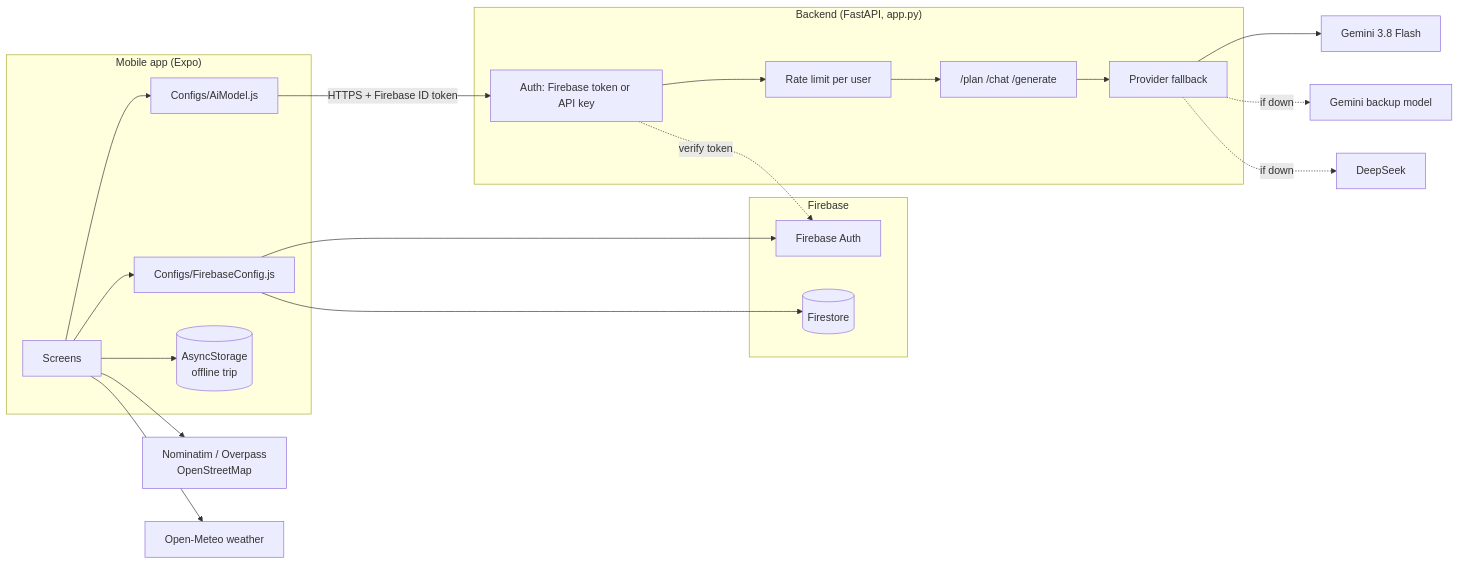
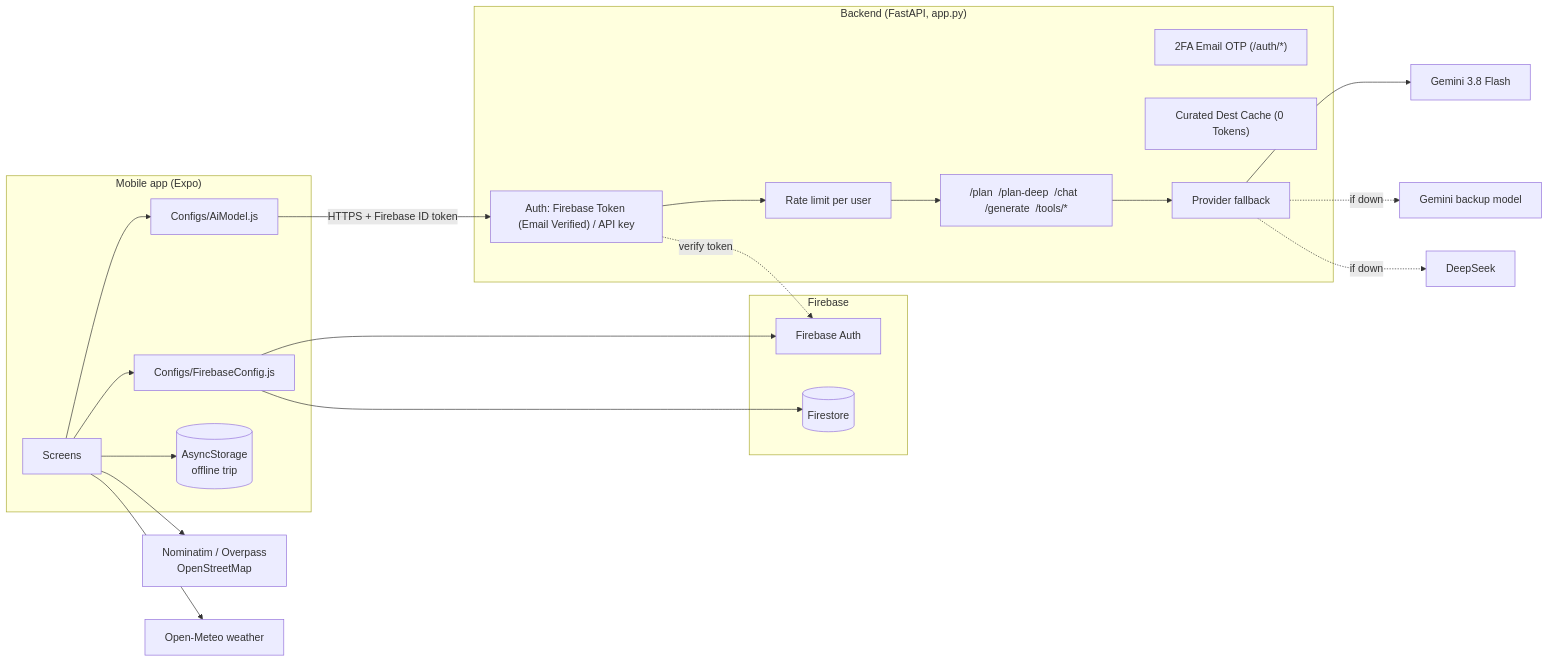
One commit to AliHassan-7869/GoGuide-AI-Agent changed the first of 4 diagrams in ARCHITECTURE.md. Above: the diagram before and after it, drawn with Mermaid. The commit also changed other lines of this file and 3 other files, not shown here.

Commit message:
docs: document 4-agent consolidation, 2FA, email verification, zero-token essentials and deep plan

````diff
--- a/ARCHITECTURE.md
+++ b/ARCHITECTURE.md
@@ -23,41 +23,43 @@
 ```mermaid
 flowchart LR
     subgraph Phone["Mobile app (Expo)"]
         UI[Screens]
         AI[Configs/AiModel.js]
         FB[Configs/FirebaseConfig.js]
         Cache[(AsyncStorage<br/>offline trip)]
     end
 
     subgraph Backend["Backend (FastAPI, app.py)"]
-        Auth[Auth: Firebase token or API key]
+        Auth["Auth: Firebase Token (Email Verified) / API key"]
+        TwoFA["2FA Email OTP (/auth/*)"]
         RL[Rate limit per user]
-        EP["/plan  /chat  /generate"]
+        Curated["Curated Dest Cache (0 Tokens)"]
+        EP["/plan  /plan-deep  /chat  /generate  /tools/*"]
         Fallback[Provider fallback]
     end
 
     subgraph Firebase
         FAuth[Firebase Auth]
         FS[(Firestore)]
     end
 
     Gemini1[Gemini 3.8 Flash]
     Gemini2[Gemini backup model]
     DS[DeepSeek]
     OSM[Nominatim / Overpass<br/>OpenStreetMap]
     Meteo[Open-Meteo weather]
 
     UI --> AI
     UI --> FB
     UI --> Cache
     UI --> OSM
     UI --> Meteo
     FB --> FAuth
     FB --> FS
     AI -- "HTTPS + Firebase ID token" --> Auth
     Auth --> RL --> EP --> Fallback
     Fallback --> Gemini1
     Fallback -.if down.-> Gemini2
     Fallback -.if down.-> DS
     Auth -. verify token .-> FAuth
 ```
````
